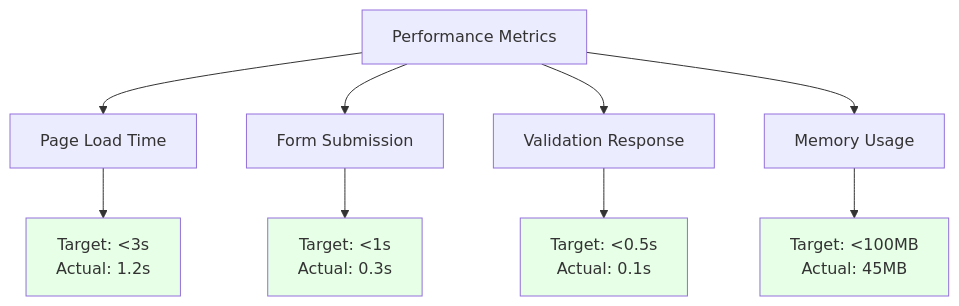
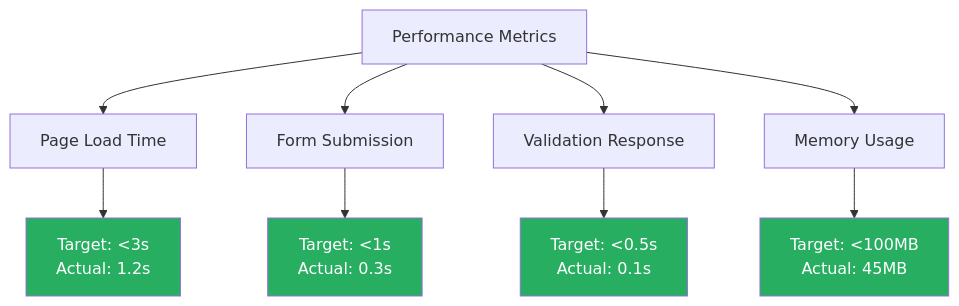
One commit to Tasmimdristy7/qa-lifecycle-suite changed the sixth of 7 diagrams in docs/qa-lifecycle-diagram.md. Above: the diagram before and after it, drawn with Mermaid. The commit also changed other lines of this file and 3 other files, not shown here.

````diff
--- a/docs/qa-lifecycle-diagram.md
+++ b/docs/qa-lifecycle-diagram.md
@@ -122,17 +122,17 @@
 ```mermaid
 graph TD
     A[Performance Metrics] --> B[Page Load Time]
     A --> C[Form Submission]
     A --> D[Validation Response]
     A --> E[Memory Usage]
     
     B --> B1[Target: <3s<br/>Actual: 1.2s]
     C --> C1[Target: <1s<br/>Actual: 0.3s]
     D --> D1[Target: <0.5s<br/>Actual: 0.1s]
     E --> E1[Target: <100MB<br/>Actual: 45MB]
     
-    style B1 fill:#e6ffe6
-    style C1 fill:#e6ffe6
-    style D1 fill:#e6ffe6
-    style E1 fill:#e6ffe6
+    style B1 fill:#27ae60,color:#ffffff
+    style C1 fill:#27ae60,color:#ffffff
+    style D1 fill:#27ae60,color:#ffffff
+    style E1 fill:#27ae60,color:#ffffff
 ```
````
